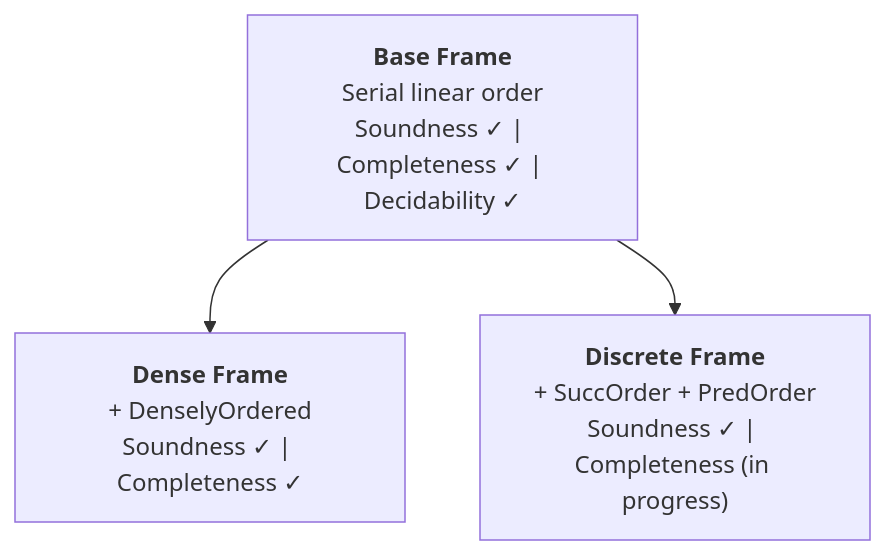
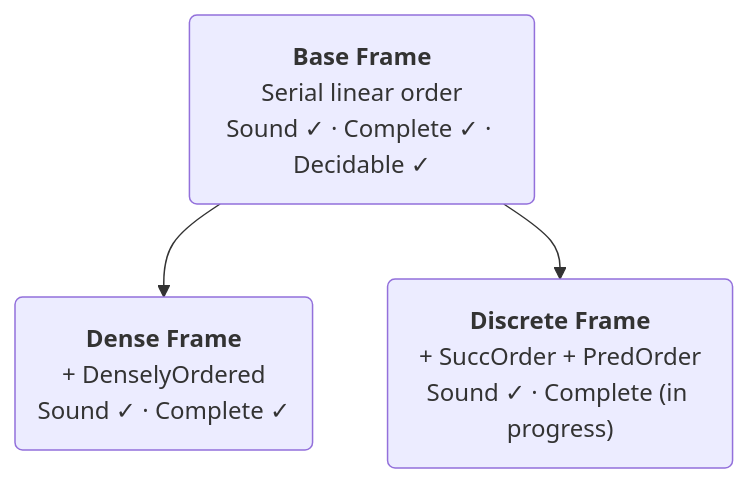
Before and after one commit to benbrastmckie/BimodalLogic: the diagram in README.md, drawn with Mermaid.

````diff
--- a/README.md
+++ b/README.md
@@ -120,9 +120,9 @@
 ```mermaid
 graph TD
-    B["<b>Base Frame</b><br/>Serial linear order<br/>Soundness ✓ | Completeness ✓ | Decidability ✓"]
-    D["<b>Dense Frame</b><br/>+ DenselyOrdered<br/>Soundness ✓ | Completeness ✓"]
-    Z["<b>Discrete Frame</b><br/>+ SuccOrder + PredOrder<br/>Soundness ✓ | Completeness (in progress)"]
+    B("<b>Base Frame</b><br/>Serial linear order<br/>Sound ✓ · Complete ✓ · Decidable ✓")
+    D("<b>Dense Frame</b><br/>+ DenselyOrdered<br/>Sound ✓ · Complete ✓")
+    Z("<b>Discrete Frame</b><br/>+ SuccOrder + PredOrder<br/>Sound ✓ · Complete (in progress)")
 
     B --> D
     B --> Z
 ```
````
